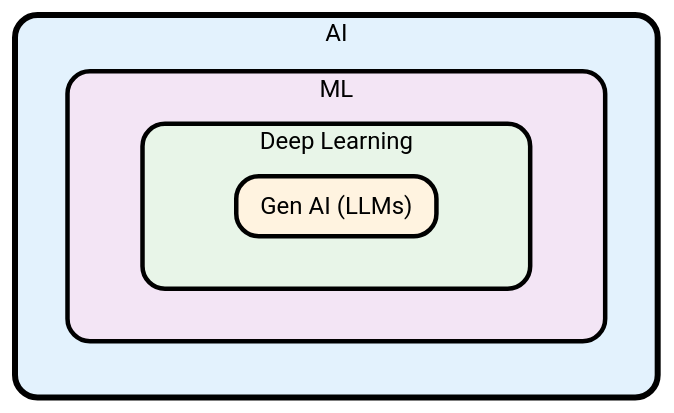
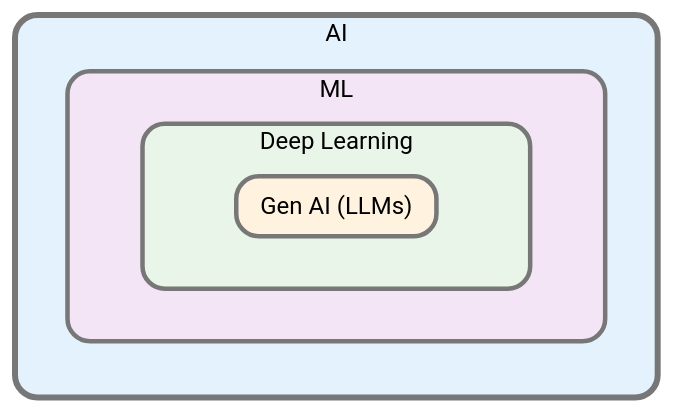
The diagram in 010-overview-of-ai-and-ml.md (skolaric/book-ai-and-machine-learning-a-quick-start-guide), drawn with Mermaid (forest theme) before and after one commit.

````diff
--- a/010-overview-of-ai-and-ml.md
+++ b/010-overview-of-ai-and-ml.md
@@ -4,22 +4,22 @@
 ```mermaid
 graph LR
     subgraph AI ["AI"]
         subgraph ML ["ML"]
             subgraph DL ["Deep Learning"]
                 subgraph GenAI ["Gen AI (LLMs)"]
                 end
             end
         end
     end
     
     %% Styling
-    classDef level1 fill:#e3f2fd,stroke:#000000,stroke-width:4px,rx:15,ry:15,color:#000000
-    classDef level2 fill:#f3e5f5,stroke:#000000,stroke-width:3px,rx:15,ry:15,color:#000000
-    classDef level3 fill:#e8f5e8,stroke:#000000,stroke-width:3px,rx:15,ry:15,color:#000000
-    classDef level4 fill:#fff3e0,stroke:#000000,stroke-width:3px,rx:15,ry:15,color:#000000
+    classDef level1 fill:#e3f2fd,stroke:#777777,stroke-width:4px,rx:15,ry:15,color:#000000
+    classDef level2 fill:#f3e5f5,stroke:#777777,stroke-width:3px,rx:15,ry:15,color:#000000
+    classDef level3 fill:#e8f5e8,stroke:#777777,stroke-width:3px,rx:15,ry:15,color:#000000
+    classDef level4 fill:#fff3e0,stroke:#777777,stroke-width:3px,rx:15,ry:15,color:#000000
     
     class AI level1
     class ML level2
     class DL level3
     class GenAI level4
 ```
````
